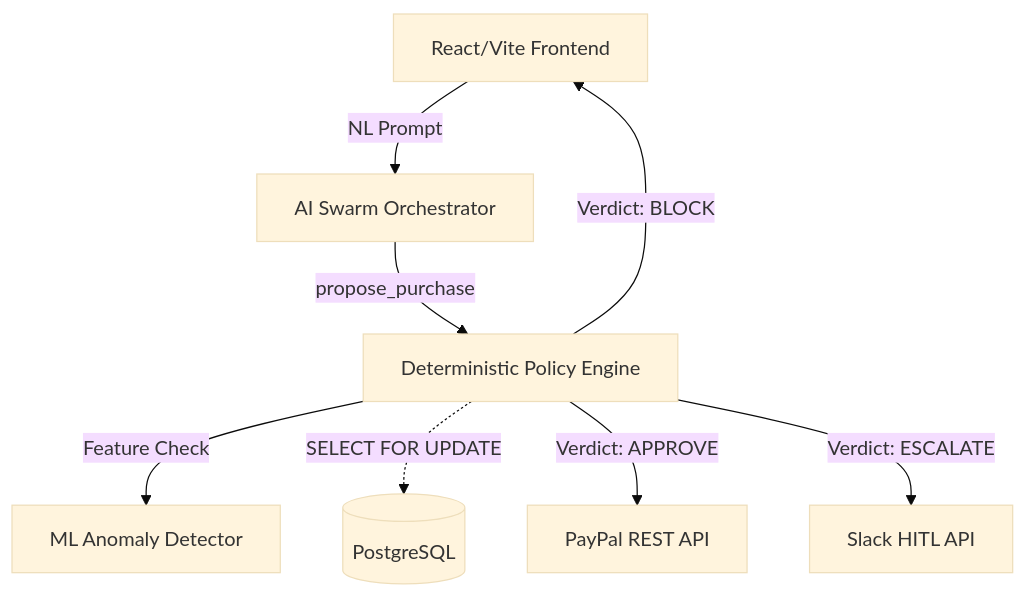
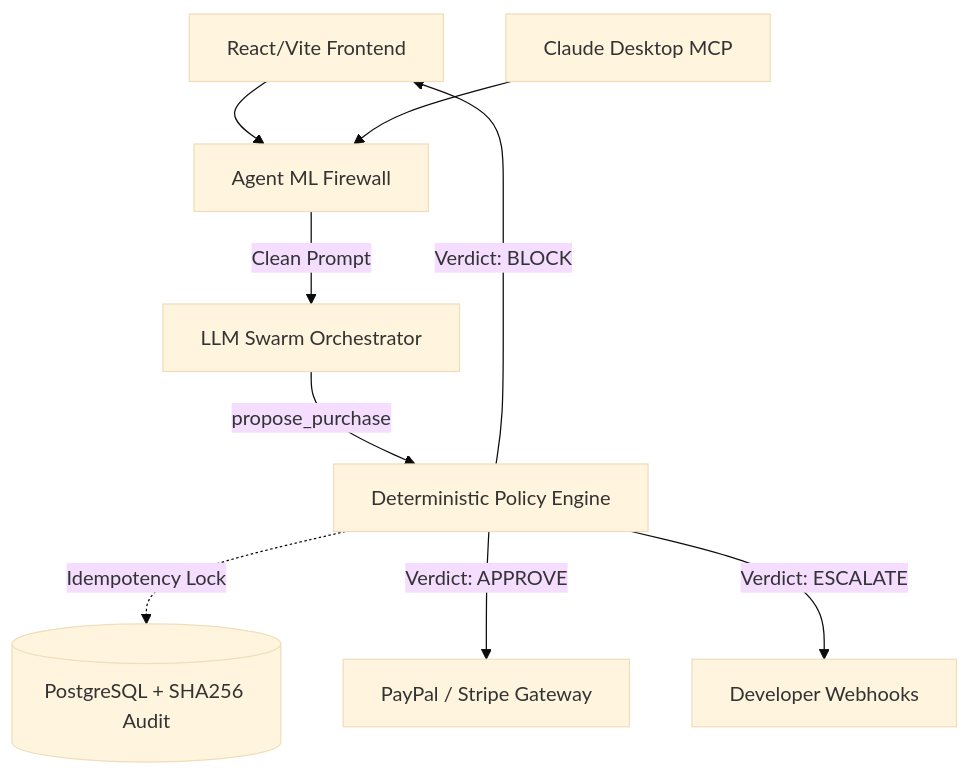
The diagram in README.md (vikassaini77/mandate), drawn with Mermaid (base theme) before and after one commit. The commit also changed other lines of this file, not shown here.

````diff
--- a/README.md
+++ b/README.md
@@ -63,20 +74,22 @@
 ```mermaid
 graph TD
     Client[React/Vite Frontend]
-    Agent[AI Swarm Orchestrator]
+    MCP[Claude Desktop MCP]
+    Firewall[Agent ML Firewall]
+    Agent[LLM Swarm Orchestrator]
     Engine[Deterministic Policy Engine]
-    XAI[ML Anomaly Detector]
-    DB[(PostgreSQL)]
-    Slack[Slack HITL API]
-    PayPal[PayPal REST API]
+    DB[(PostgreSQL + SHA256 Audit)]
+    PayPal[PayPal / Stripe Gateway]
+    Webhooks[Developer Webhooks]
     
-    Client -->|NL Prompt| Agent
+    Client --> Firewall
+    MCP --> Firewall
+    Firewall -->|Clean Prompt| Agent
     Agent -->|propose_purchase| Engine
-    Engine -->|Feature Check| XAI
     
-    Engine -.->|SELECT FOR UPDATE| DB
+    Engine -.->|Idempotency Lock| DB
     
     Engine -->|Verdict: APPROVE| PayPal
-    Engine -->|Verdict: ESCALATE| Slack
+    Engine -->|Verdict: ESCALATE| Webhooks
     Engine -->|Verdict: BLOCK| Client
 ```
````
